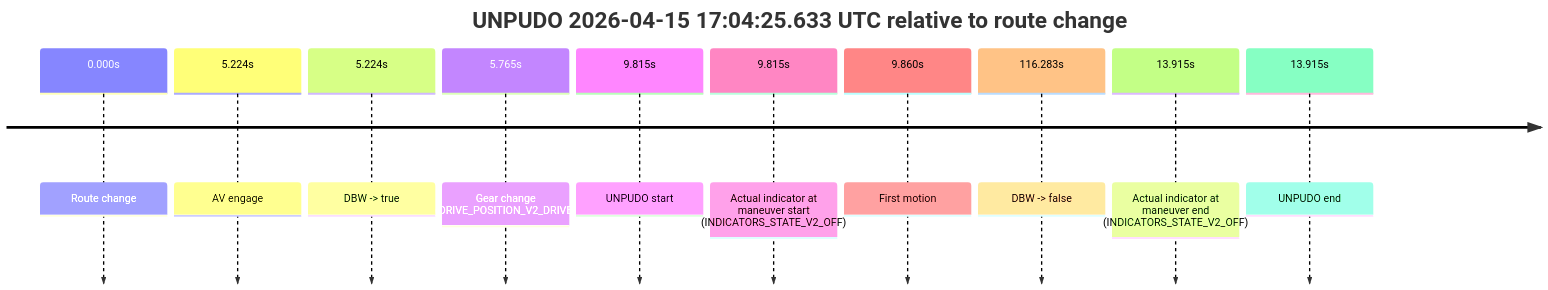
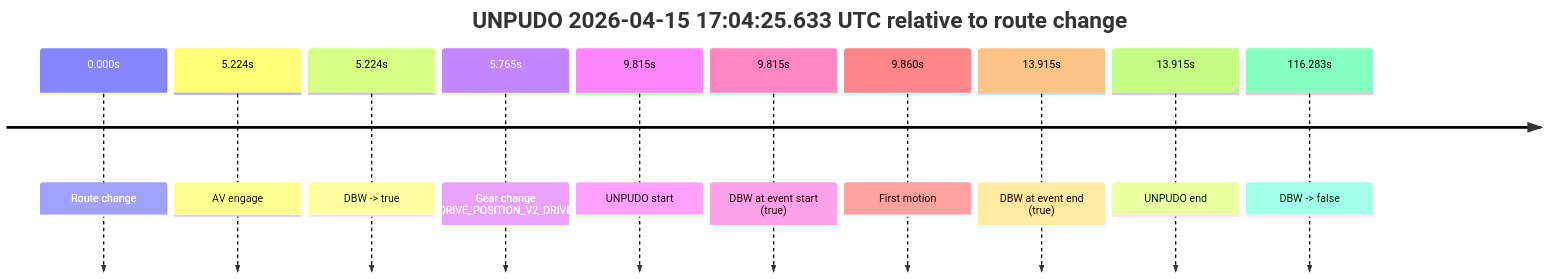
One commit to yoelshapiro/vault changed the fourth of 7 diagrams in model_analysis/report_cards/2026/04/Week-3/fme10011--2026-04-15--15-39-22--gen2-av-1eff82a8-d97f-4d8e-be75-4f5d130fd5f1.md. Above: the diagram before and after it, drawn with Mermaid. The commit also changed other lines of this file and 32 other files, not shown here.

````diff
--- a/model_analysis/report_cards/2026/04/Week-3/fme10011--2026-04-15--15-39-22--gen2-av-1eff82a8-d97f-4d8e-be75-4f5d130fd5f1.md
+++ b/model_analysis/report_cards/2026/04/Week-3/fme10011--2026-04-15--15-39-22--gen2-av-1eff82a8-d97f-4d8e-be75-4f5d130fd5f1.md
@@ -1053,14 +314,14 @@
 ```mermaid
 timeline
     title UNPUDO 2026-04-15 17:04:25.633 UTC relative to route change
     0.000s : Route change
     5.224s : AV engage
     5.224s : DBW -> true
     5.765s : Gear change (DRIVE_POSITION_V2_DRIVE)
     9.815s : UNPUDO start
-    9.815s : Actual indicator at maneuver start (INDICATORS_STATE_V2_OFF)
+    9.815s : DBW at event start (true)
     9.860s : First motion
+    13.915s : DBW at event end (true)
+    13.915s : UNPUDO end
     116.283s : DBW -> false
-    13.915s : Actual indicator at maneuver end (INDICATORS_STATE_V2_OFF)
-    13.915s : UNPUDO end
 ```
````
